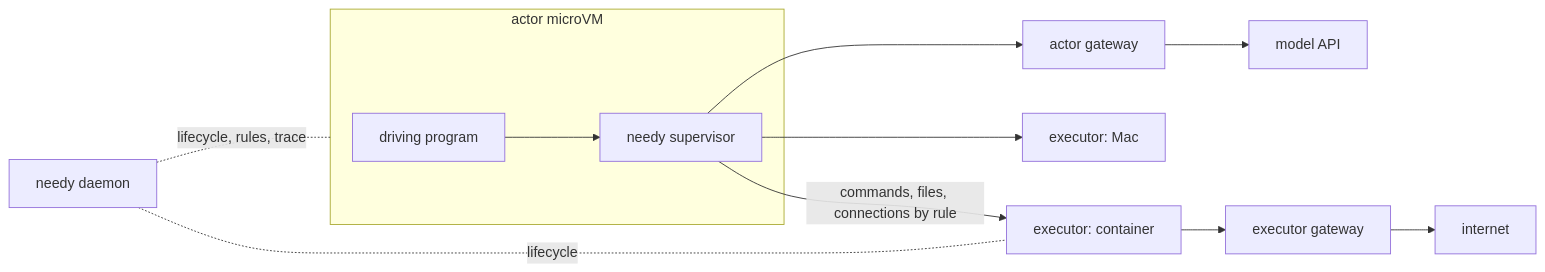
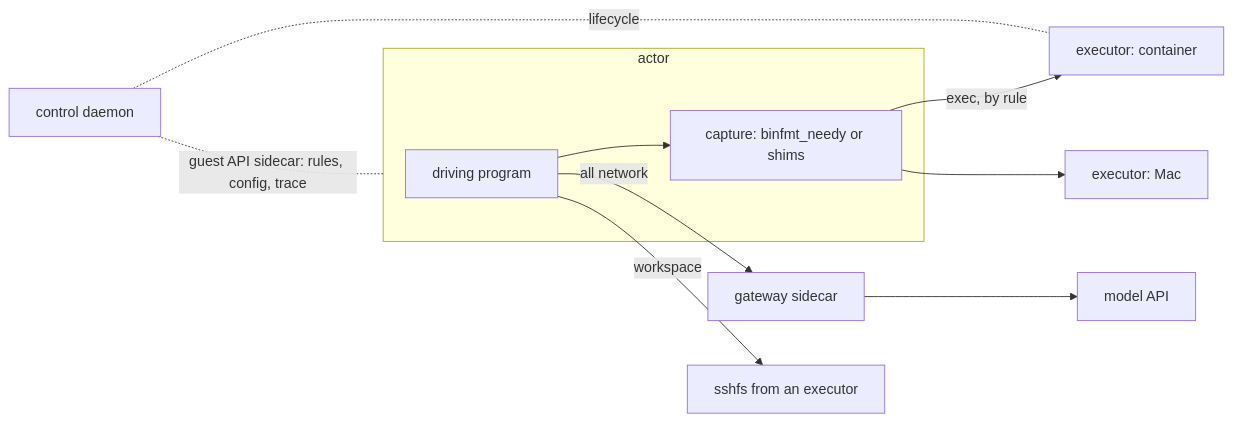
The diagram in README.md (needy-dev/needy), drawn with Mermaid before and after one commit. The commit also changed other lines of this file, not shown here.

Commit message:
docs: restructure the README around getting started, per-platform profiles, an actor driver table, configuration, examples, how it works and architecture

````diff
--- a/README.md
+++ b/README.md
@@ -54,12 +425,12 @@
 ```mermaid
 flowchart LR
-  subgraph A[actor microVM]
-    P[driving program] --> S[needy supervisor]
+  subgraph A[actor]
+    P[driving program] --> C[capture: binfmt_needy or shims]
   end
-  S -->|commands, files, connections by rule| E1[executor: container]
-  S --> E2[executor: Mac]
-  S --> G1[actor gateway] --> M[model API]
-  E1 --> G2[executor gateway] --> I[internet]
-  D[needy daemon] -. lifecycle, rules, trace .- A
+  C -->|exec, by rule| E1[executor: container]
+  C --> E2[executor: Mac]
+  P -->|all network| G[gateway sidecar] --> M[model API]
+  P -->|workspace| F[sshfs from an executor]
+  D[control daemon] -. guest API sidecar: rules, config, trace .- A
   D -. lifecycle .- E1
 ```
````
